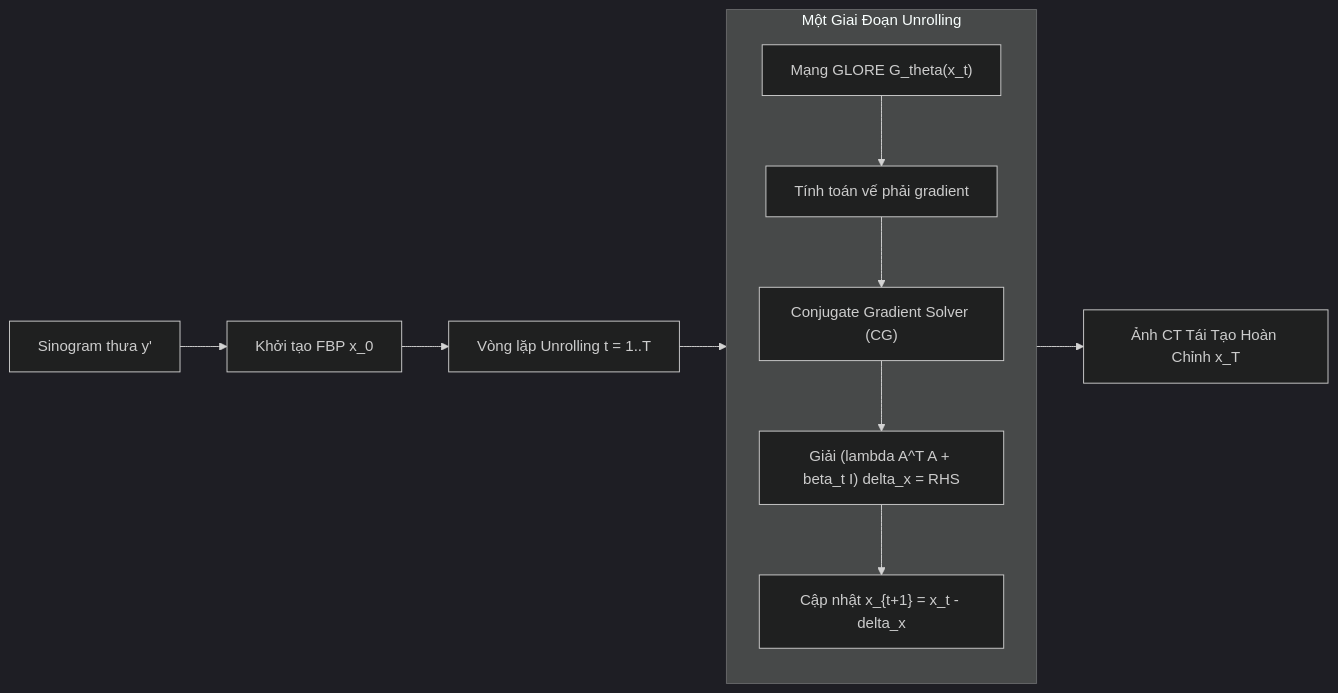
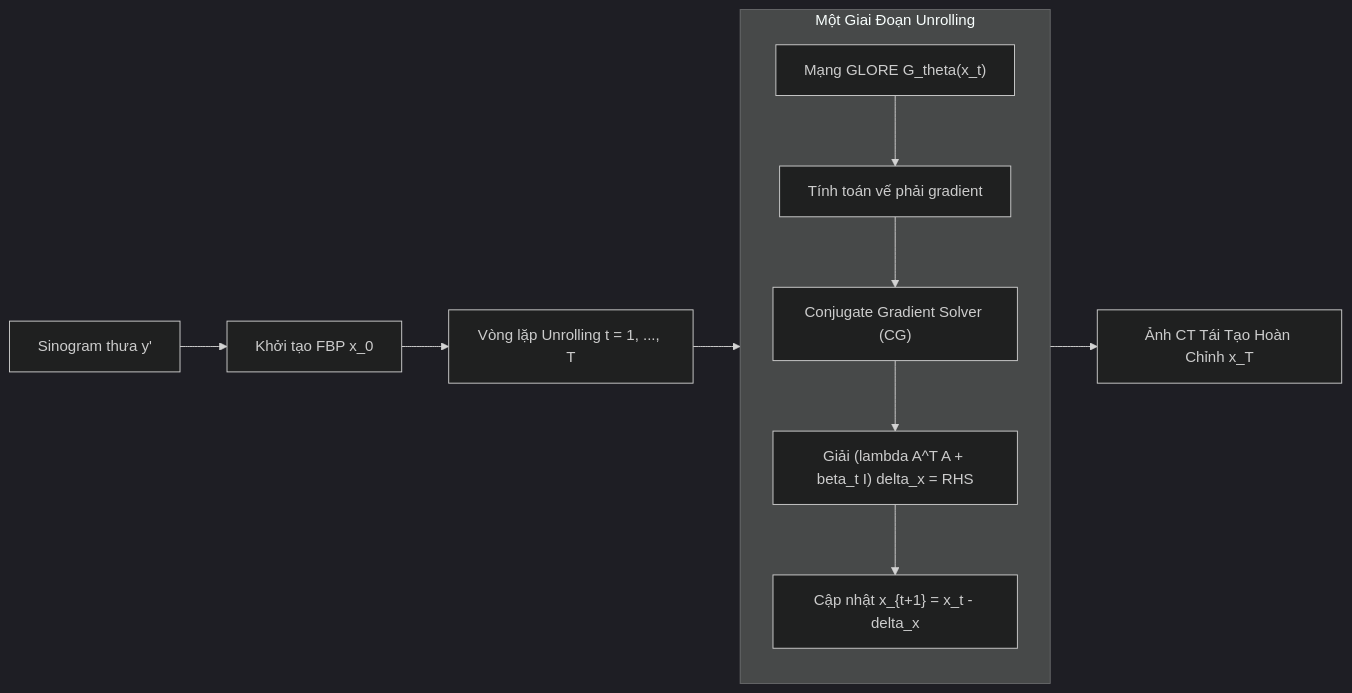
The diagram in docs/papers/CG_GLORE_arxiv_2608.15246.md (khoinguyen59/medical-wsss), drawn with Mermaid (dark theme) before and after one commit. The commit also changed other lines of this file and 362 other files, not shown here.

````diff
--- a/docs/papers/CG_GLORE_arxiv_2608.15246.md
+++ b/docs/papers/CG_GLORE_arxiv_2608.15246.md
@@ -54,16 +54,16 @@
 ```mermaid
 flowchart LR
     A["Sinogram thưa y'"] --> B["Khởi tạo FBP x_0"]
-    B --> C["Vòng lặp Unrolling t = 1..T"]
+    B --> C["Vòng lặp Unrolling t = 1, ..., T"]
     
     subgraph Iteration ["Một Giai Đoạn Unrolling"]
         direction TB
         C1["Mạng GLORE G_theta(x_t)"] --> C2["Tính toán vế phải gradient"]
         C2 --> C3["Conjugate Gradient Solver (CG)"]
         C3 --> C4["Giải (lambda A^T A + beta_t I) delta_x = RHS"]
         C4 --> C5["Cập nhật x_{t+1} = x_t - delta_x"]
     end
     
     C --> Iteration
     Iteration --> D["Ảnh CT Tái Tạo Hoàn Chỉnh x_T"]
 ```
````
